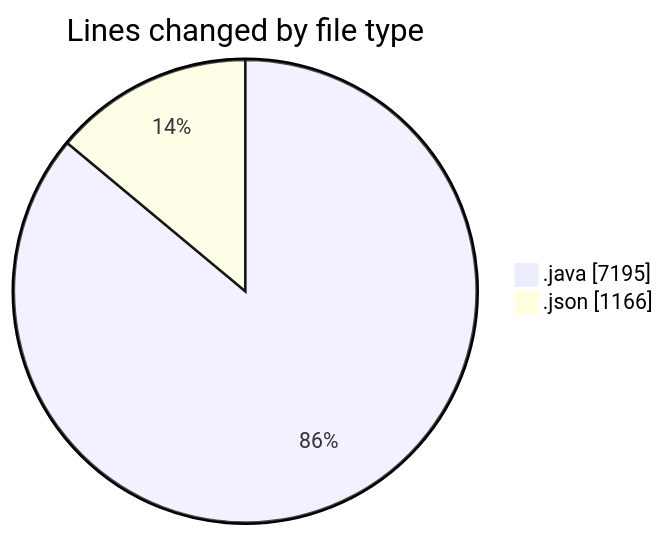
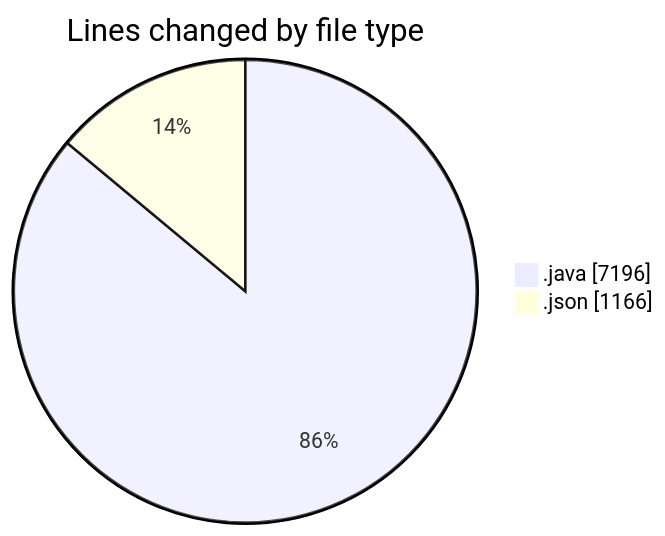
One commit to ricardozamudiocil/code-tracking changed the first of 2 diagrams in 2026-06-10/cilapp/README.md. Above: the diagram before and after it, drawn with Mermaid. The commit also changed other lines of this file and 1 other file, not shown here.

````diff
--- a/2026-06-10/cilapp/README.md
+++ b/2026-06-10/cilapp/README.md
@@ -22,6 +22,6 @@
 ```mermaid
 pie showData
 title Lines changed by file type
-".java" : 7195
+".java" : 7196
 ".json" : 1166
 ```
````
